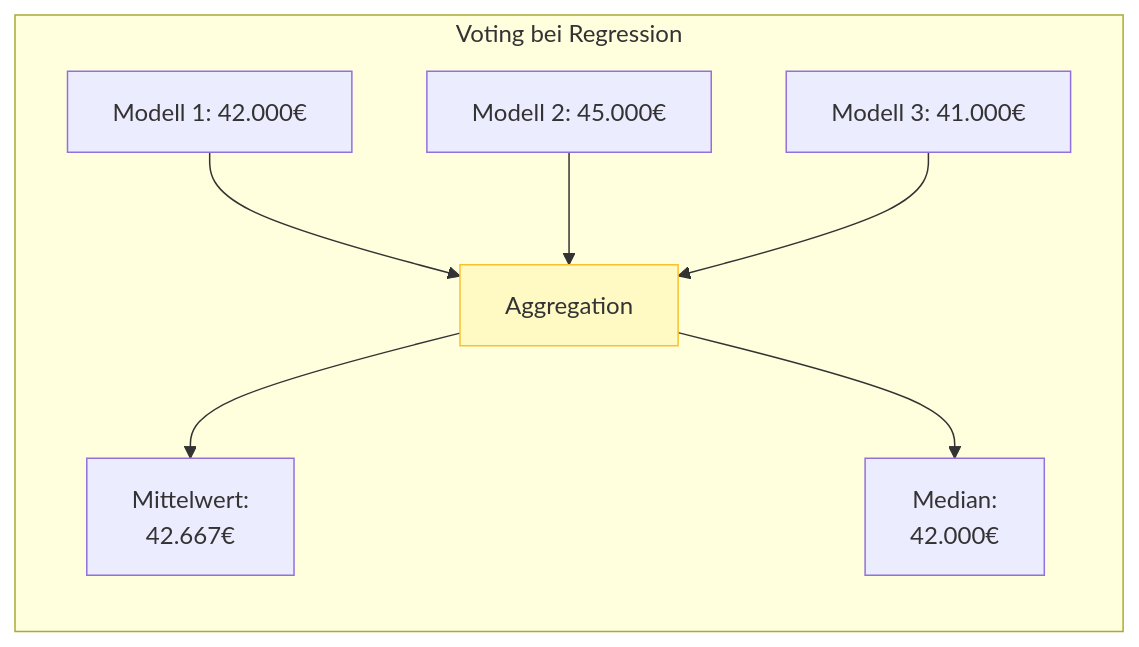
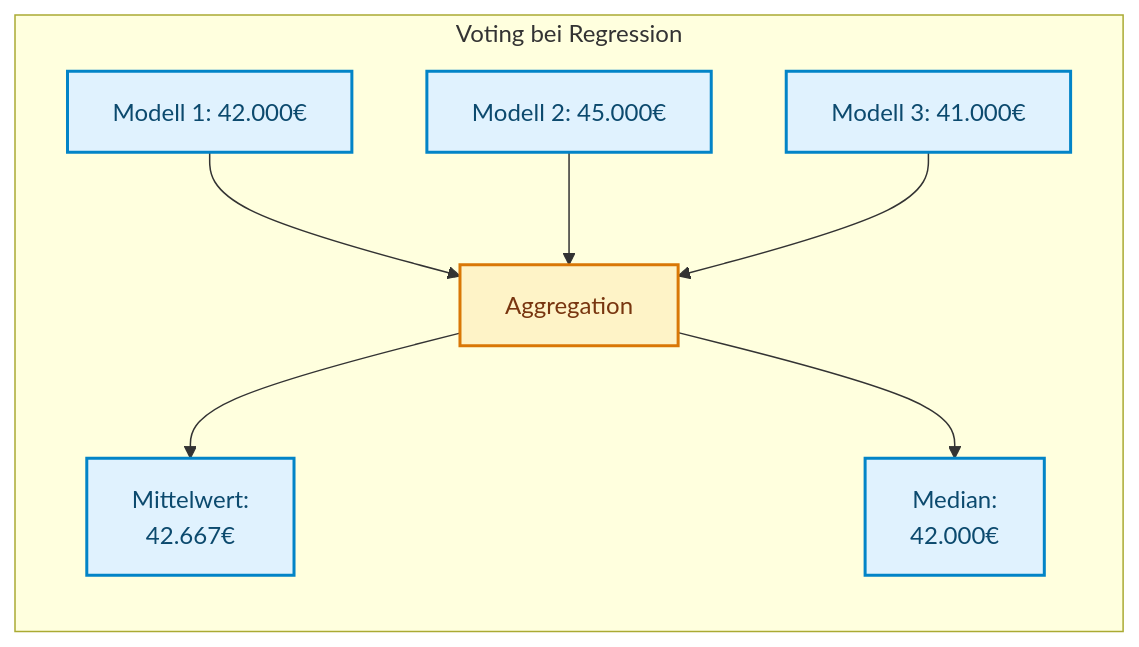
One commit to ralf-42/ML_Intro changed the fourth of 9 diagrams in docs/concepts/modeling/stacking.md. Above: the diagram before and after it, drawn with Mermaid. The commit also changed other lines of this file and 67 other files, not shown here.

````diff
--- a/docs/concepts/modeling/stacking.md
+++ b/docs/concepts/modeling/stacking.md
@@ -128,17 +135,19 @@
 ```mermaid
 flowchart LR
     subgraph RV["Voting bei Regression"]
         M1["Modell 1: 42.000€"]
         M2["Modell 2: 45.000€"]
         M3["Modell 3: 41.000€"]
         
         M1 --> AGG["Aggregation"]
         M2 --> AGG
         M3 --> AGG
         
         AGG --> MW["Mittelwert:<br>42.667€"]
         AGG --> MED["Median:<br>42.000€"]
     end
-    
-    style AGG fill:#fff9c4,stroke:#fbc02d
+
+    classDef default fill:#e0f2fe,stroke:#0284c7,stroke-width:2px,color:#0c4a6e;
+    classDef metric fill:#fef3c7,stroke:#d97706,stroke-width:2px,color:#78350f;
+    class AGG metric;
 ```
````
